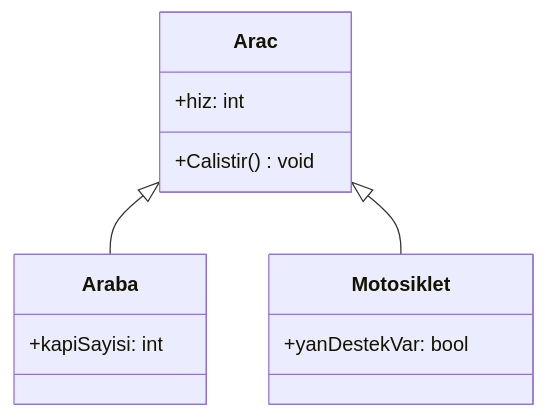
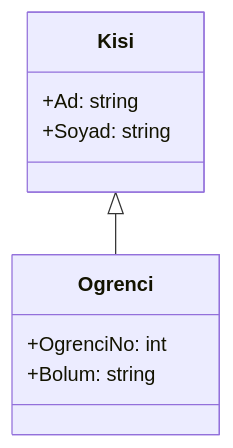
One commit to ibrahimayaz/Nesne-Yonelimli-Programlama-2025 changed the first of 3 diagrams in Hafta05/README.md. Above: the diagram before and after it, drawn with Mermaid. The commit also changed other lines of this file, not shown here.

````diff
--- a/Hafta05/README.md
+++ b/Hafta05/README.md
@@ -18,15 +26,14 @@
 ```mermaid
 classDiagram
-    class Arac {
-      +hiz: int
-      +Calistir() void
+    class Kisi {
+        +Ad: string
+        +Soyad: string
     }
-    class Araba {
-      +kapiSayisi: int
+
+    class Ogrenci {
+        +OgrenciNo: int
+        +Bolum: string
     }
-    class Motosiklet {
-      +yanDestekVar: bool
-    }
-    Arac <|-- Araba
-    Arac <|-- Motosiklet
+
+    Kisi <|-- Ogrenci
 ```
````
